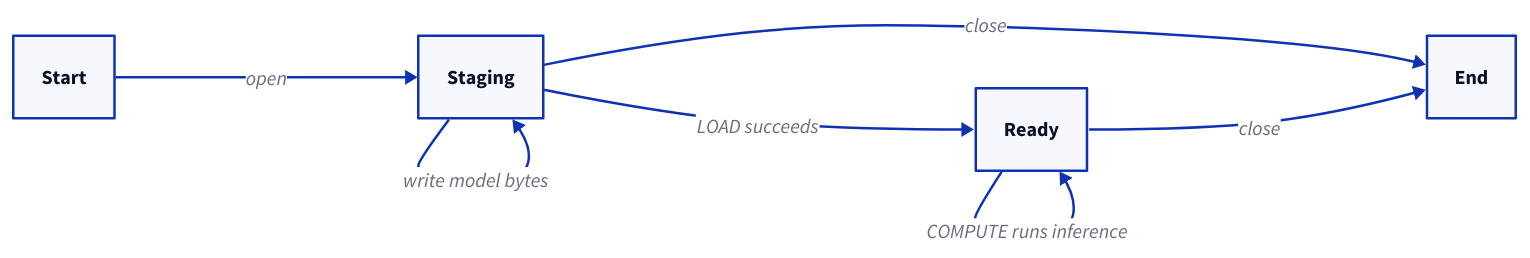
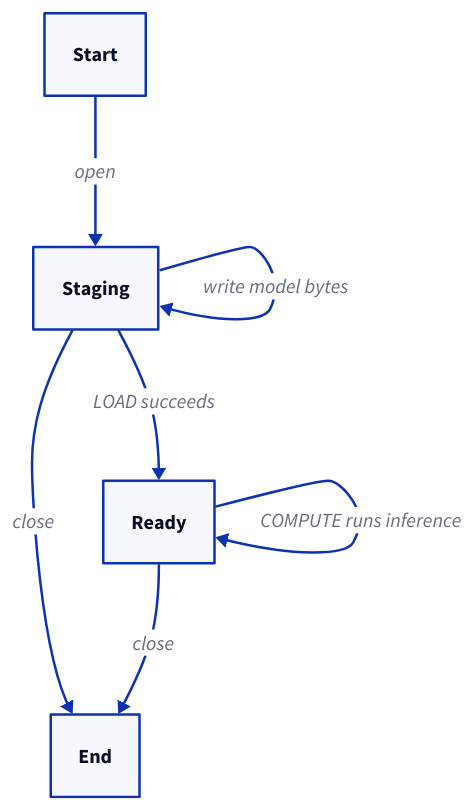
One commit to xila-project/website changed the diagram in src/content/docs/explanation/architecture/libraries/neural_network.mdx. Above: the diagram before and after it, drawn with D2. The commit also changed 6 other files, not shown here.

First line of the commit message:
docs(diagrams): tighten the shape classes and widths of the libraries diagrams

````diff
--- a/src/content/docs/explanation/architecture/libraries/neural_network.mdx
+++ b/src/content/docs/explanation/architecture/libraries/neural_network.mdx
@@ -22,13 +22,13 @@
 ```d2 title="Loader descriptor lifecycle"
-direction: right
+direction: down
 start: Start { class: io }
 staging: Staging { class: component }
-ready: Ready { class: focus }
+ready: Ready { class: component }
 end: End { class: io }
 start -> staging: open
 staging -> staging: write model bytes
 staging -> ready: LOAD succeeds
 ready -> ready: COMPUTE runs inference
 staging -> end: close
 ready -> end: close
 ```
````
